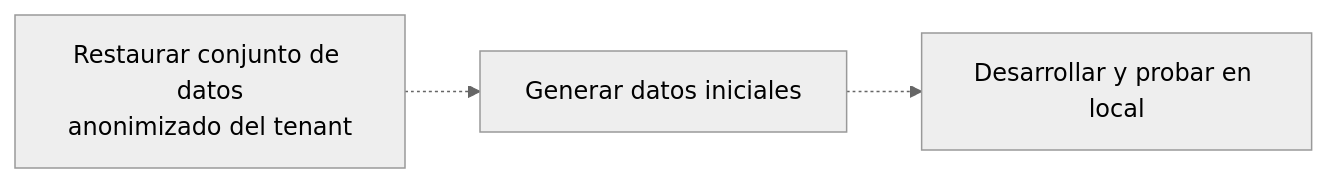
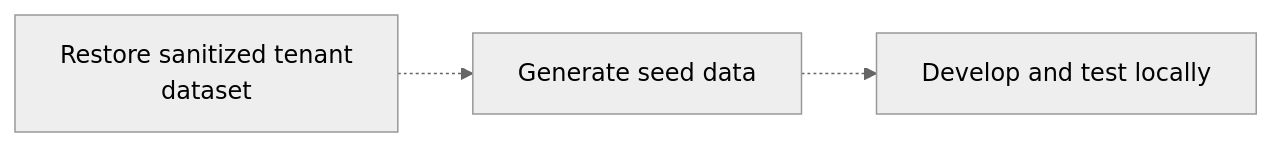
Before and after one commit to coderabbit-demo/clickhouse-demo: the second of 2 diagrams in docs/es/products/managed-postgres/local-development.mdx, drawn with Mermaid (neutral theme). The commit also changed other lines of this file and 10230 other files, not shown here.

````diff
--- a/docs/es/products/managed-postgres/local-development.mdx
+++ b/docs/es/products/managed-postgres/local-development.mdx
@@ -34,4 +34,4 @@
 ```mermaid
 graph LR
-    A[Restaurar conjunto de datos<br/>anonimizado del tenant] -.-> B[Generar datos iniciales] -.-> C[Desarrollar y probar en local]
+    A[Restore sanitized tenant<br/>dataset] -.-> B[Generate seed data] -.-> C[Develop and test locally]
 ```
````
